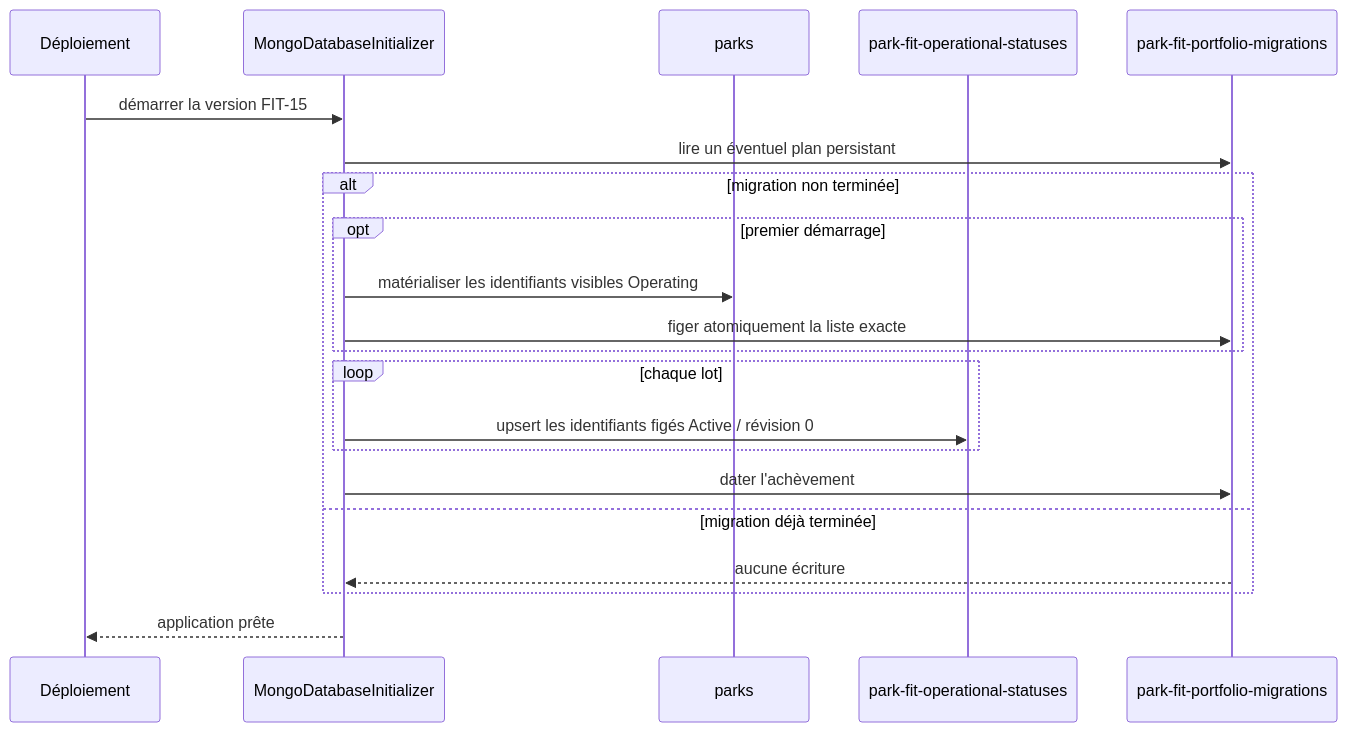
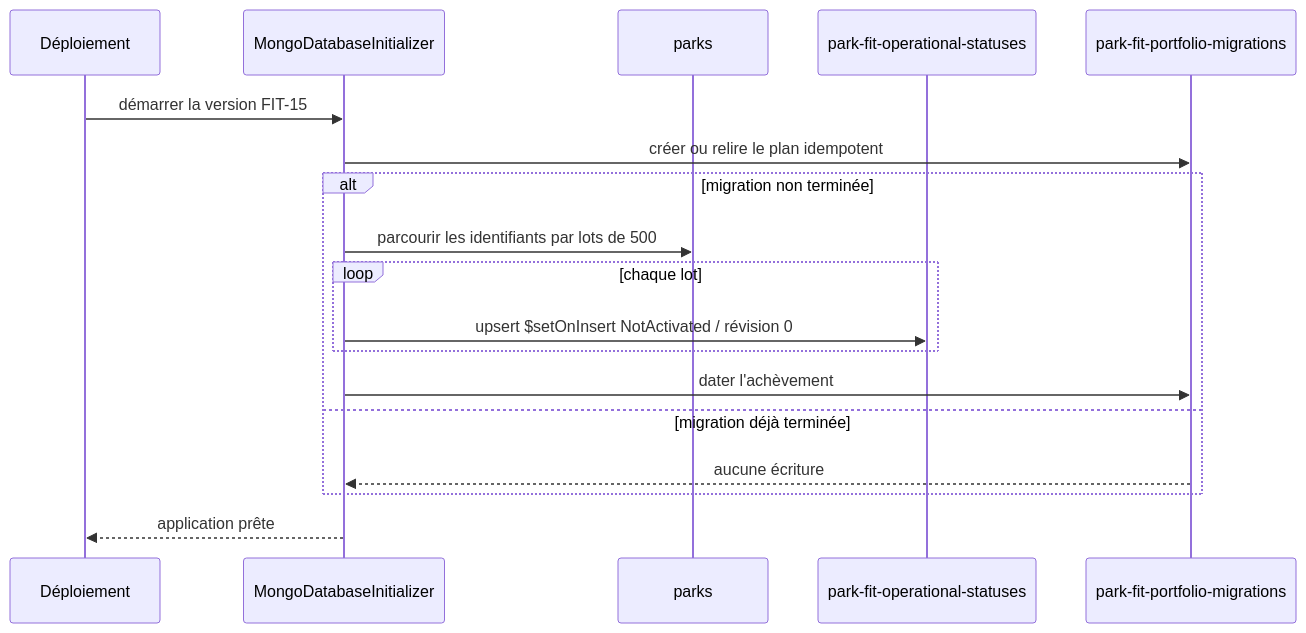
Before and after one commit to Ced59/AmusementParkProject: the third of 4 diagrams in docs/architecture/product-growth-fit-15-portfolio-activation-2026-09-14.md, drawn with Mermaid. The commit also changed other lines of this file and 10 other files, not shown here.

````diff
--- a/docs/architecture/product-growth-fit-15-portfolio-activation-2026-09-14.md
+++ b/docs/architecture/product-growth-fit-15-portfolio-activation-2026-09-14.md
@@ -188,24 +187,21 @@
 ```mermaid
 sequenceDiagram
     participant D as Déploiement
     participant I as MongoDatabaseInitializer
     participant P as parks
     participant S as park-fit-operational-statuses
     participant M as park-fit-portfolio-migrations
 
     D->>I: démarrer la version FIT-15
-    I->>M: lire un éventuel plan persistant
+    I->>M: créer ou relire le plan idempotent
     alt migration non terminée
-      opt premier démarrage
-        I->>P: matérialiser les identifiants visibles Operating
-        I->>M: figer atomiquement la liste exacte
-      end
+      I->>P: parcourir les identifiants par lots de 500
       loop chaque lot
-        I->>S: upsert les identifiants figés Active / révision 0
+        I->>S: upsert $setOnInsert NotActivated / révision 0
       end
       I->>M: dater l'achèvement
     else migration déjà terminée
       M-->>I: aucune écriture
     end
     I-->>D: application prête
 ```
````
